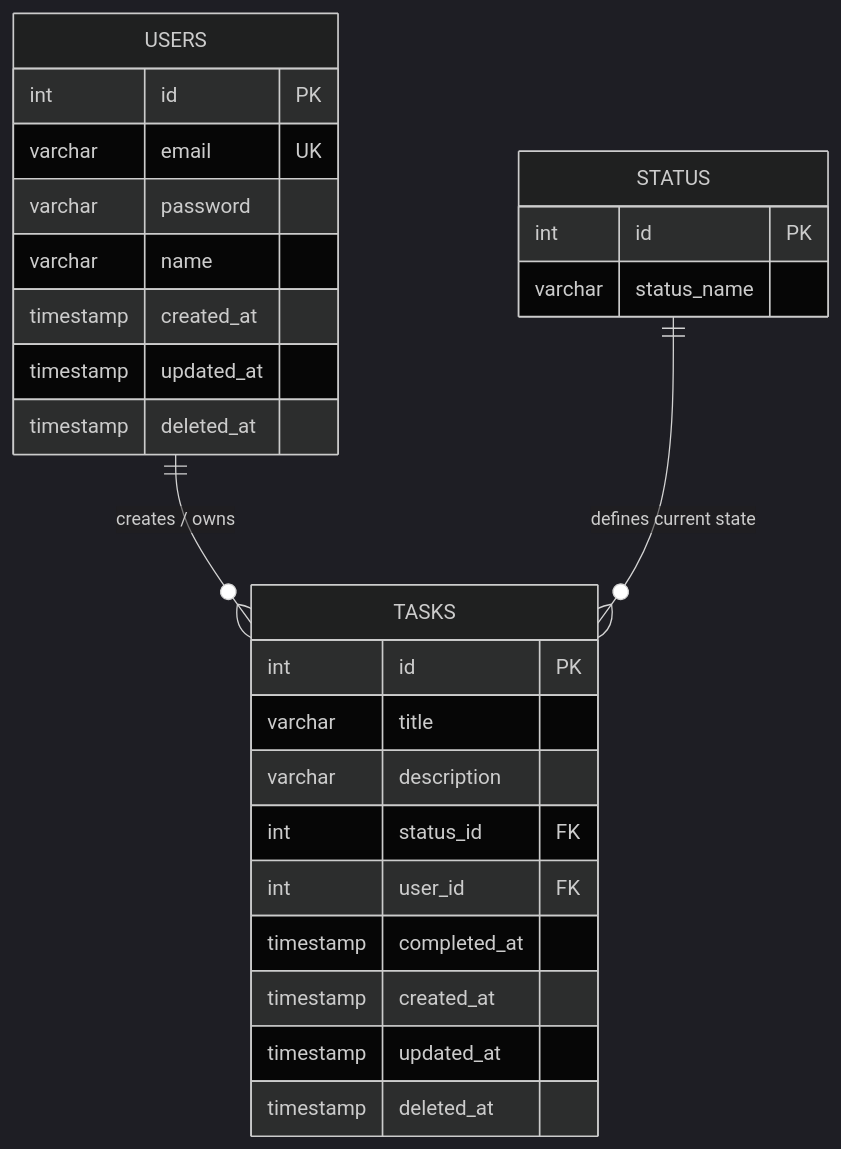
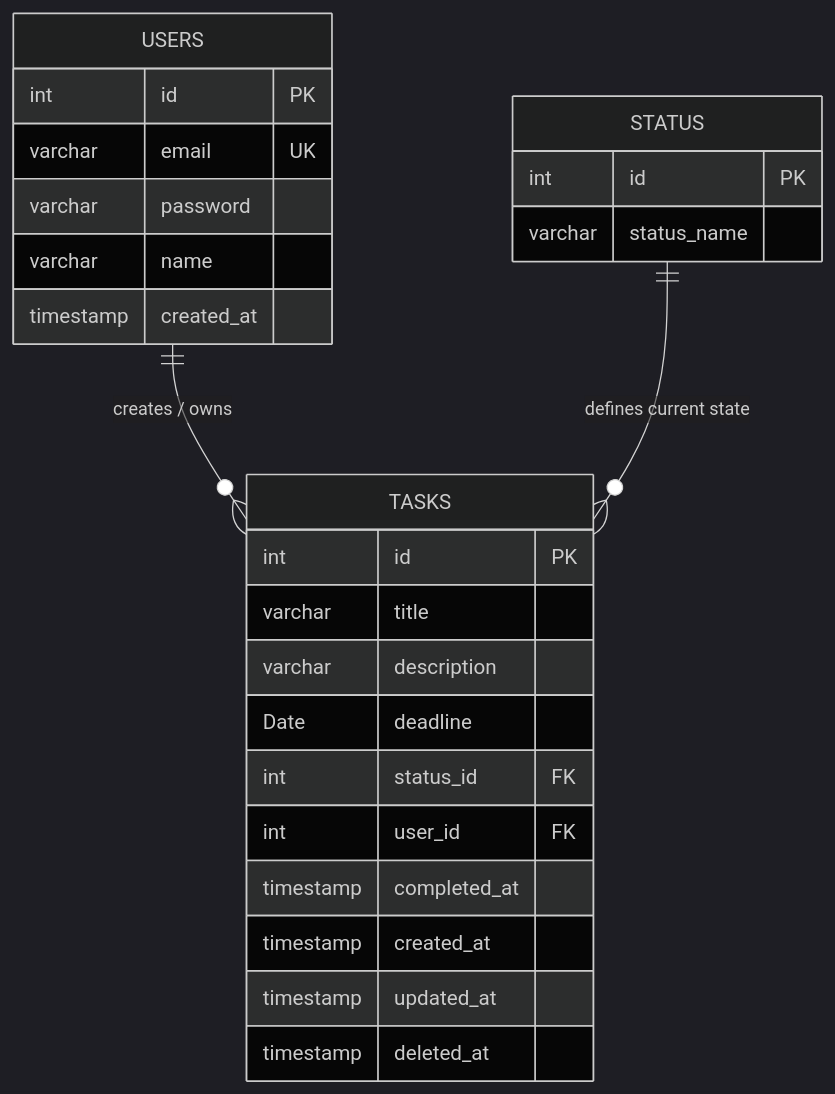
One commit to ShivanshKhandelwal-GKM-IT/task-tracker-docs changed the first of 2 diagrams in docs/DataModelling.md. Above: the diagram before and after it, drawn with Mermaid (dark theme). The commit also changed 62 other files, not shown here.

````diff
--- a/docs/DataModelling.md
+++ b/docs/DataModelling.md
@@ -5,32 +5,31 @@
 ```mermaid
 erDiagram
     USERS ||--o{ TASKS : "creates / owns"
     STATUS ||--o{ TASKS : "defines current state"
 
     USERS {
         int id PK
         varchar email UK
         varchar password
         varchar name
         timestamp created_at
-        timestamp updated_at
-        timestamp deleted_at
     }
 
     TASKS {
         int id PK
         varchar title
         varchar description
+        Date deadline
         int status_id FK
         int user_id FK
         timestamp completed_at
         timestamp created_at
         timestamp updated_at
         timestamp deleted_at
     }
 
     STATUS {
         int id PK
         varchar status_name  
     }
 ```
````
